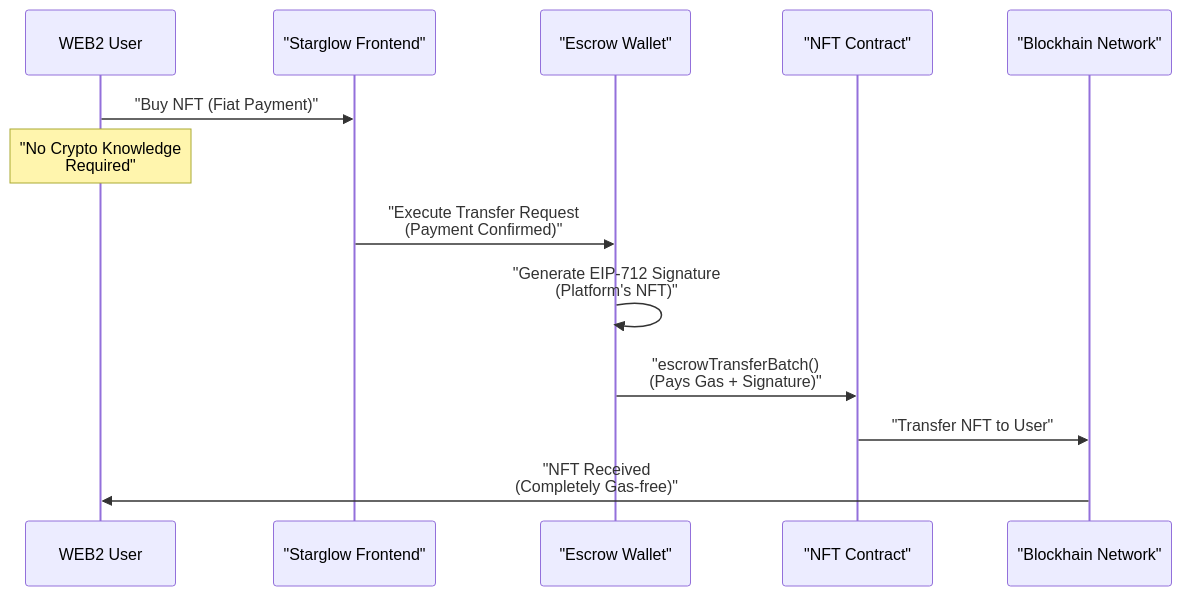
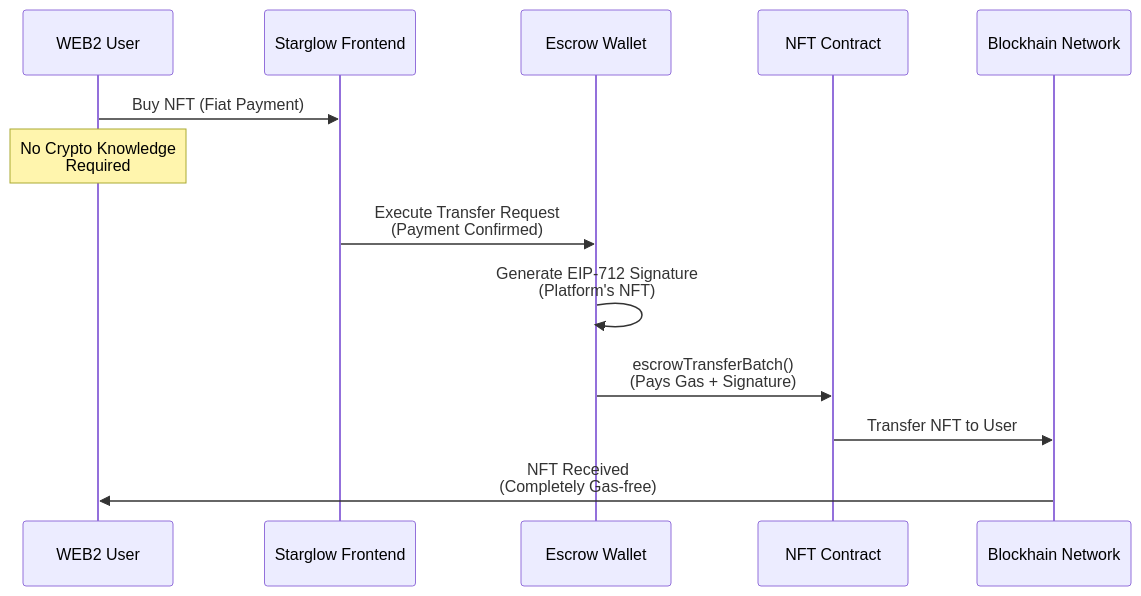
One commit to rs-ent/starglow changed the first of 3 diagrams in Detailed Explanation on Technology Architecture.md. Above: the diagram before and after it, drawn with Mermaid. The commit also changed other lines of this file, not shown here.

Commit message:
Update Detailed Explanation on Technology Architecture.md

````diff
--- a/Detailed Explanation on Technology Architecture.md
+++ b/Detailed Explanation on Technology Architecture.md
@@ -124,19 +124,19 @@
 ```mermaid
 sequenceDiagram
     participant WEB2_User as WEB2 User
-    participant Frontend as "Starglow Frontend"
-    participant EscrowWallet as "Escrow Wallet"
-    participant NFTContract as "NFT Contract"
-    participant Blockchain as "Blockhain Network"
+    participant Frontend as Starglow Frontend
+    participant EscrowWallet as Escrow Wallet
+    participant NFTContract as NFT Contract
+    participant Blockchain as Blockhain Network
 
-    WEB2_User->>Frontend: "Buy NFT (Fiat Payment)"
-    Note over WEB2_User: "No Crypto Knowledge<br/>Required"
+    WEB2_User->>Frontend: Buy NFT (Fiat Payment)
+    Note over WEB2_User: No Crypto Knowledge<br/>Required
 
-    Frontend->>EscrowWallet: "Execute Transfer Request<br/>(Payment Confirmed)"
-    EscrowWallet->>EscrowWallet: "Generate EIP-712 Signature<br/>(Platform's NFT)"
+    Frontend->>EscrowWallet: Execute Transfer Request<br/>(Payment Confirmed)
+    EscrowWallet->>EscrowWallet: Generate EIP-712 Signature<br/>(Platform's NFT)
 
-    EscrowWallet->>NFTContract: "escrowTransferBatch()<br/>(Pays Gas + Signature)"
-    NFTContract->>Blockchain: "Transfer NFT to User"
+    EscrowWallet->>NFTContract: escrowTransferBatch()<br/>(Pays Gas + Signature)
+    NFTContract->>Blockchain: Transfer NFT to User
 
-    Blockchain->>WEB2_User: "NFT Received<br/>(Completely Gas-free)"
+    Blockchain->>WEB2_User: NFT Received<br/>(Completely Gas-free)
 ```
````
